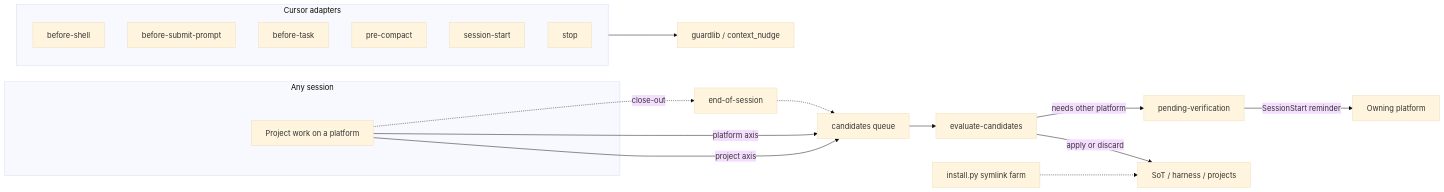
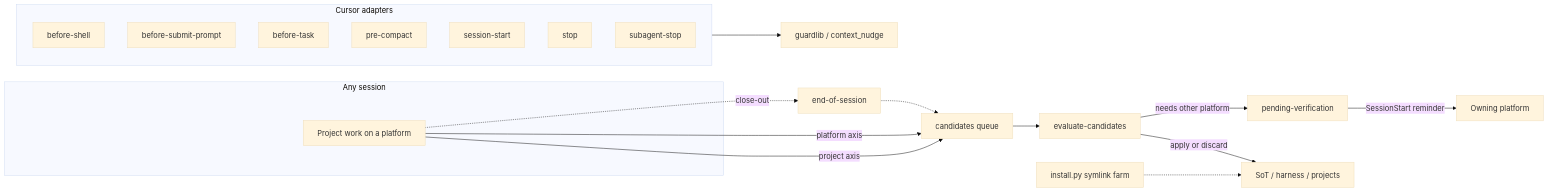
Before and after one commit to emanuele-artioli/coding-agent-config: the first of 2 diagrams in .agent-rules/README.md, drawn with Mermaid (base theme). The commit also changed other lines of this file and 37 other files, not shown here.

````diff
--- a/.agent-rules/README.md
+++ b/.agent-rules/README.md
@@ -46,24 +46,25 @@
 ```mermaid
 flowchart LR
   subgraph cell [Any session]
     Work[Project work on a platform]
   end
   Work -->|project axis| CQ[candidates queue]
   Work -->|platform axis| CQ
   CQ --> Eval[evaluate-candidates]
   Eval -->|apply or discard| SoT[SoT / harness / projects]
   Eval -->|needs other platform| Verify[pending-verification]
   Verify -->|SessionStart reminder| OtherPlat[Owning platform]
   Work -.->|close-out| Eos[end-of-session]
   Eos -.-> CQ
   subgraph cursorHooks [Cursor adapters]
     ch_before_shell[before-shell]
     ch_before_submit_prompt[before-submit-prompt]
     ch_before_task[before-task]
     ch_pre_compact[pre-compact]
     ch_session_start[session-start]
     ch_stop[stop]
+    ch_subagent_stop[subagent-stop]
   end
   cursorHooks --> Guard[guardlib / context_nudge]
   Install[install.py symlink farm] -.-> SoT
 ```
````
